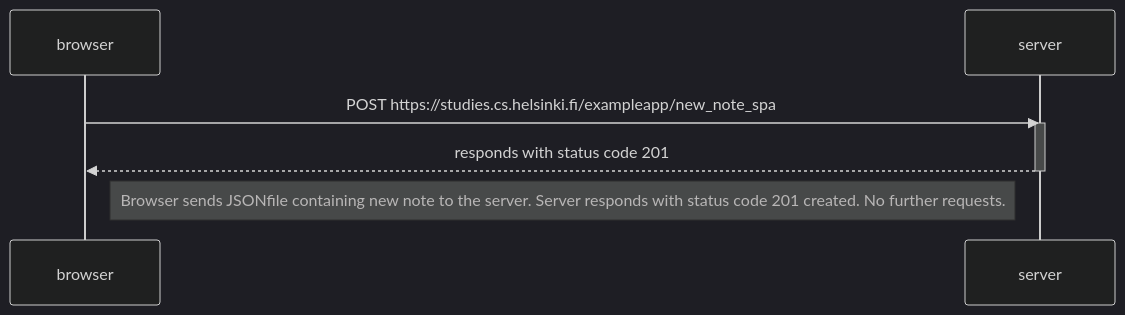
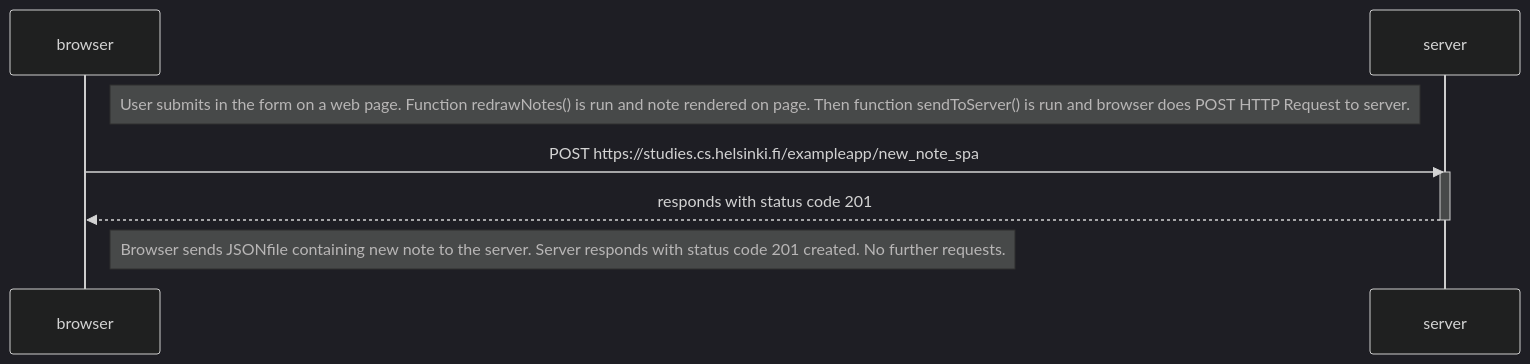
Before and after one commit to VladimirBrscic/fullStackOpenCourse: the diagram in Part0/Exercise 0.6/newNoteSpa.md, drawn with Mermaid (dark theme).

````diff
--- a/Part0/Exercise 0.6/newNoteSpa.md
+++ b/Part0/Exercise 0.6/newNoteSpa.md
@@ -3,12 +3,14 @@
 ```mermaid
 sequenceDiagram
     participant browser
     participant server
+    
+    Note right of browser: User submits in the form on a web page. Function redrawNotes() is run and note rendered on page. Then function sendToServer() is run and      browser does POST HTTP Request to server.
     
     browser->>server: POST https://studies.cs.helsinki.fi/exampleapp/new_note_spa
     activate server
     server-->>browser: responds with status code 201
     deactivate server
     
     Note right of browser: Browser sends JSONfile containing new note to the server. Server responds with status code 201 created. No further requests.
 ```
````
